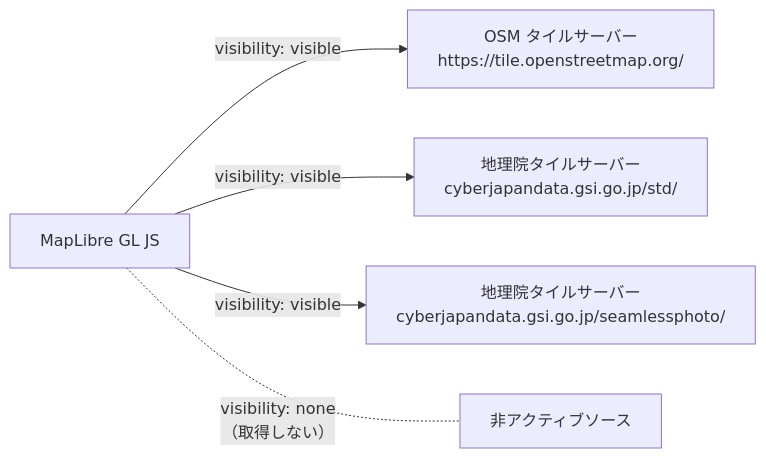
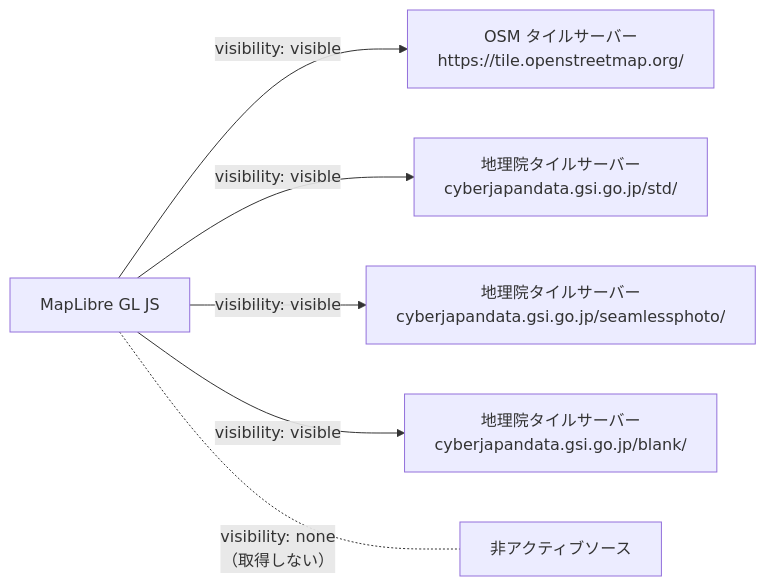
Before and after one commit to miyato1122/location-tech-sample-v1: the fifth of 6 diagrams in 03_advanced_with_tsumiki/docs/design/basemap-switcher/dataflow.md, drawn with Mermaid. The commit also changed other lines of this file and 9 other files, not shown here.

First line of the commit message:
feat(basemap-switcher): 背景地図パネルを縦並びにし、国土地理院白地図を追加する

````diff
--- a/03_advanced_with_tsumiki/docs/design/basemap-switcher/dataflow.md
+++ b/03_advanced_with_tsumiki/docs/design/basemap-switcher/dataflow.md
@@ -109,7 +111,8 @@
 ```mermaid
 flowchart LR
     ML[MapLibre GL JS] -->|visibility: visible| OSM[OSM タイルサーバー\nhttps://tile.openstreetmap.org/]
     ML -->|visibility: visible| GSI_STD[地理院タイルサーバー\ncyberjapandata.gsi.go.jp/std/]
     ML -->|visibility: visible| GSI_PHOTO[地理院タイルサーバー\ncyberjapandata.gsi.go.jp/seamlessphoto/]
+    ML -->|visibility: visible| GSI_BLANK[地理院タイルサーバー\ncyberjapandata.gsi.go.jp/blank/]
     ML -.-|visibility: none\n（取得しない）| INACTIVE[非アクティブソース]
 ```
````
